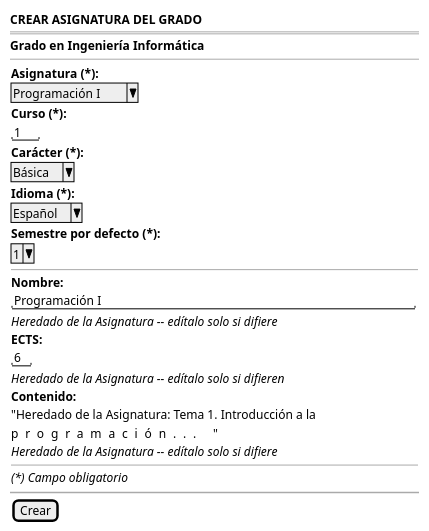
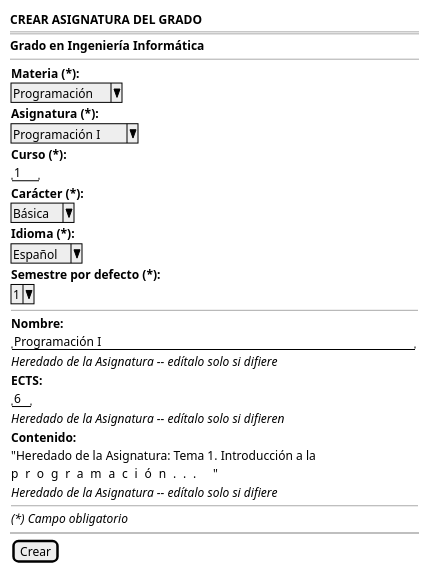
One commit to mmasias/pyCeldaPublico changed the diagram in RUP/01-requisitos/03-detalle-casos-uso/crearAsignaturaGrado/wireframes.puml. Above: the diagram before and after it, drawn with PlantUML. The commit also changed 393 other files, not shown here.

```diff
--- a/RUP/01-requisitos/03-detalle-casos-uso/crearAsignaturaGrado/wireframes.puml
+++ b/RUP/01-requisitos/03-detalle-casos-uso/crearAsignaturaGrado/wireframes.puml
@@ -1,35 +1,37 @@
 @startsalt crearAsignaturaGrado-wireframe
 {
     <b>CREAR ASIGNATURA DEL GRADO</b>
     ====
     <b>Grado en Ingeniería Informática</b>
     --
     {
+        <b>Materia (*):</b>
+        ^Programación^
         <b>Asignatura (*):</b>
         ^Programación I^
         <b>Curso (*):</b>
         "1  "
         <b>Carácter (*):</b>
         ^Básica^
         <b>Idioma (*):</b>
         ^Español^
         <b>Semestre por defecto (*):</b>
         ^1^
         --
         <b>Nombre:</b>
         "Programación I                                    "
         <i>Heredado de la Asignatura -- edítalo solo si difiere</i>
         <b>ECTS:</b>
         "6 "
         <i>Heredado de la Asignatura -- edítalo solo si difieren</i>
         <b>Contenido:</b>
         "Heredado de la Asignatura: Tema 1. Introducción a la
         programación...                                    "
         <i>Heredado de la Asignatura -- edítalo solo si difiere</i>
         --
         <i>(*) Campo obligatorio</i>
     }
     ~~
     {[Crear]}
 }
 @endsalt
```
